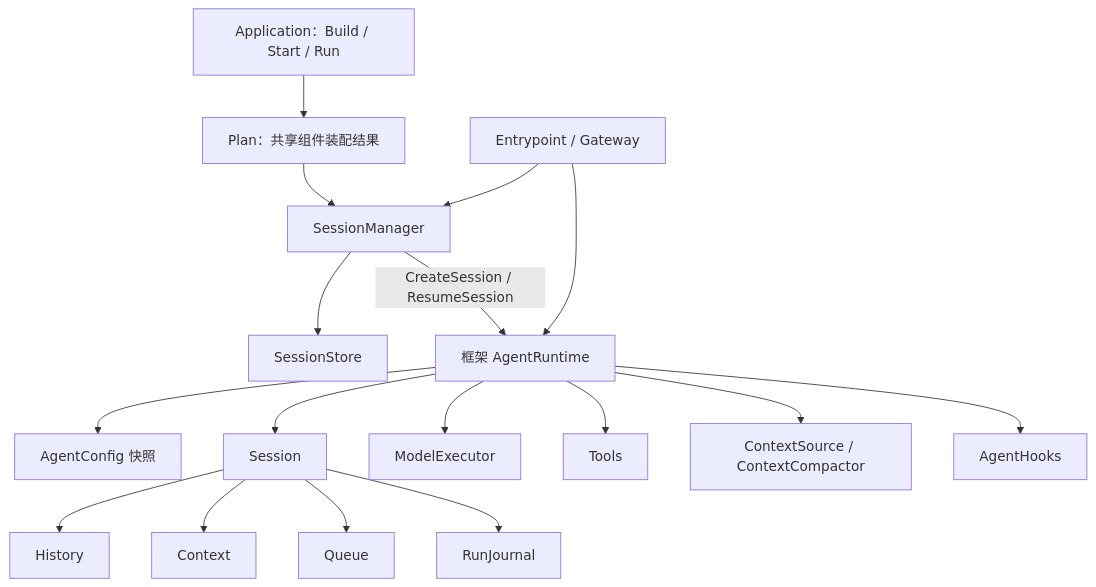
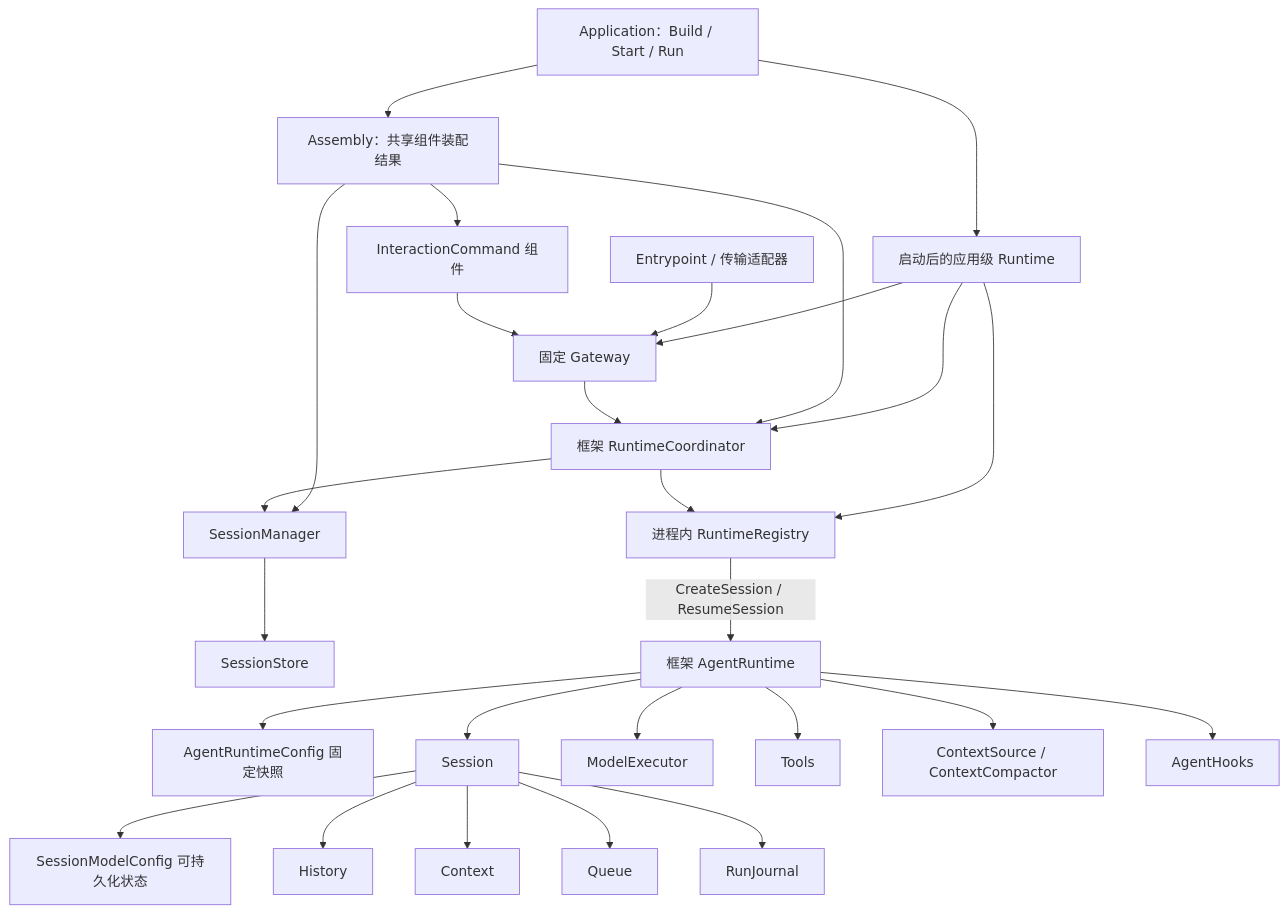
One commit to LyleLiu666/agentSlot changed the first of 3 diagrams in docs/agent-runtime-standard-slots-implementation-plan.zh-CN.md. Above: the diagram before and after it, drawn with Mermaid. The commit also changed other lines of this file and 8 other files, not shown here.

Commit message:
docs: establish complete agent architecture baseline

````diff
--- a/docs/agent-runtime-standard-slots-implementation-plan.zh-CN.md
+++ b/docs/agent-runtime-standard-slots-implementation-plan.zh-CN.md
@@ -32,19 +38,29 @@
 ```mermaid
 flowchart TD
-    A["Application：Build / Start / Run"] --> P["Plan：共享组件装配结果"]
+    A["Application：Build / Start / Run"] --> P["Assembly：共享组件装配结果"]
+    A --> AR["启动后的应用级 Runtime"]
+    AR --> REG["进程内 RuntimeRegistry"]
+    AR --> RC["框架 RuntimeCoordinator"]
+    AR --> G["固定 Gateway"]
+    P --> RC
     P --> SM["SessionManager"]
     SM --> SS["SessionStore"]
-    SM -->|"CreateSession / ResumeSession"| R["框架 AgentRuntime"]
-    R --> AC["AgentConfig 快照"]
+    RC --> SM
+    RC --> REG
+    REG -->|"CreateSession / ResumeSession"| R["框架 AgentRuntime"]
+    R --> AC["AgentRuntimeConfig 固定快照"]
     R --> S["Session"]
+    S --> MC["SessionModelConfig 可持久化状态"]
     S --> H["History"]
     S --> C["Context"]
     S --> Q["Queue"]
     S --> J["RunJournal"]
     R --> ME["ModelExecutor"]
     R --> T["Tools"]
     R --> CX["ContextSource / ContextCompactor"]
     R --> HK["AgentHooks"]
-    E["Entrypoint / Gateway"] --> SM
-    E --> R
+    P --> CMD["InteractionCommand 组件"]
+    E["Entrypoint / 传输适配器"] --> G
+    CMD --> G
+    G --> RC
 ```
````
